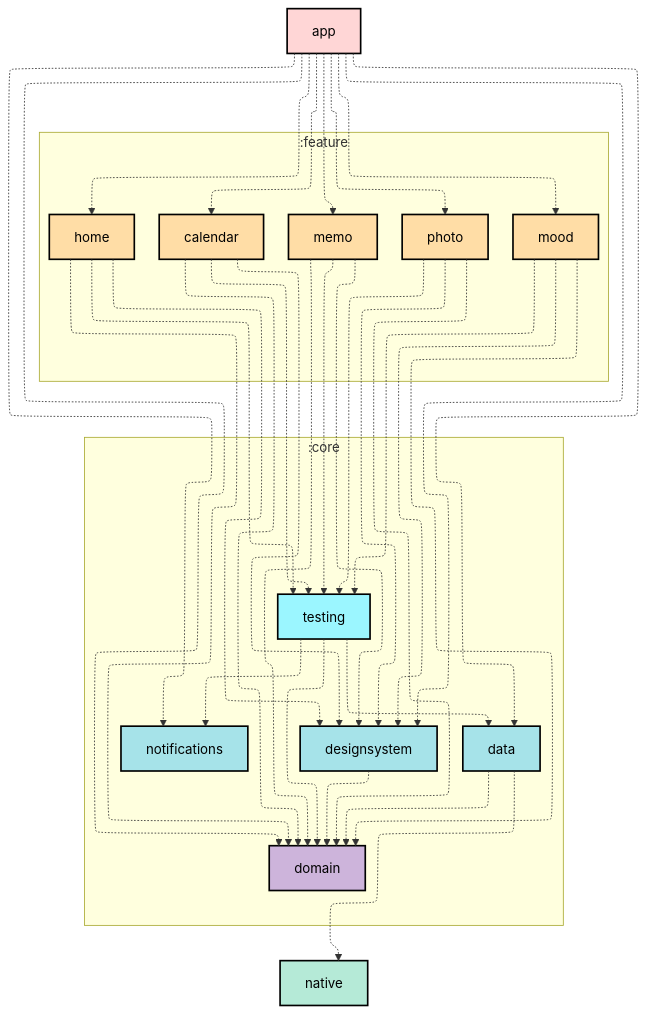
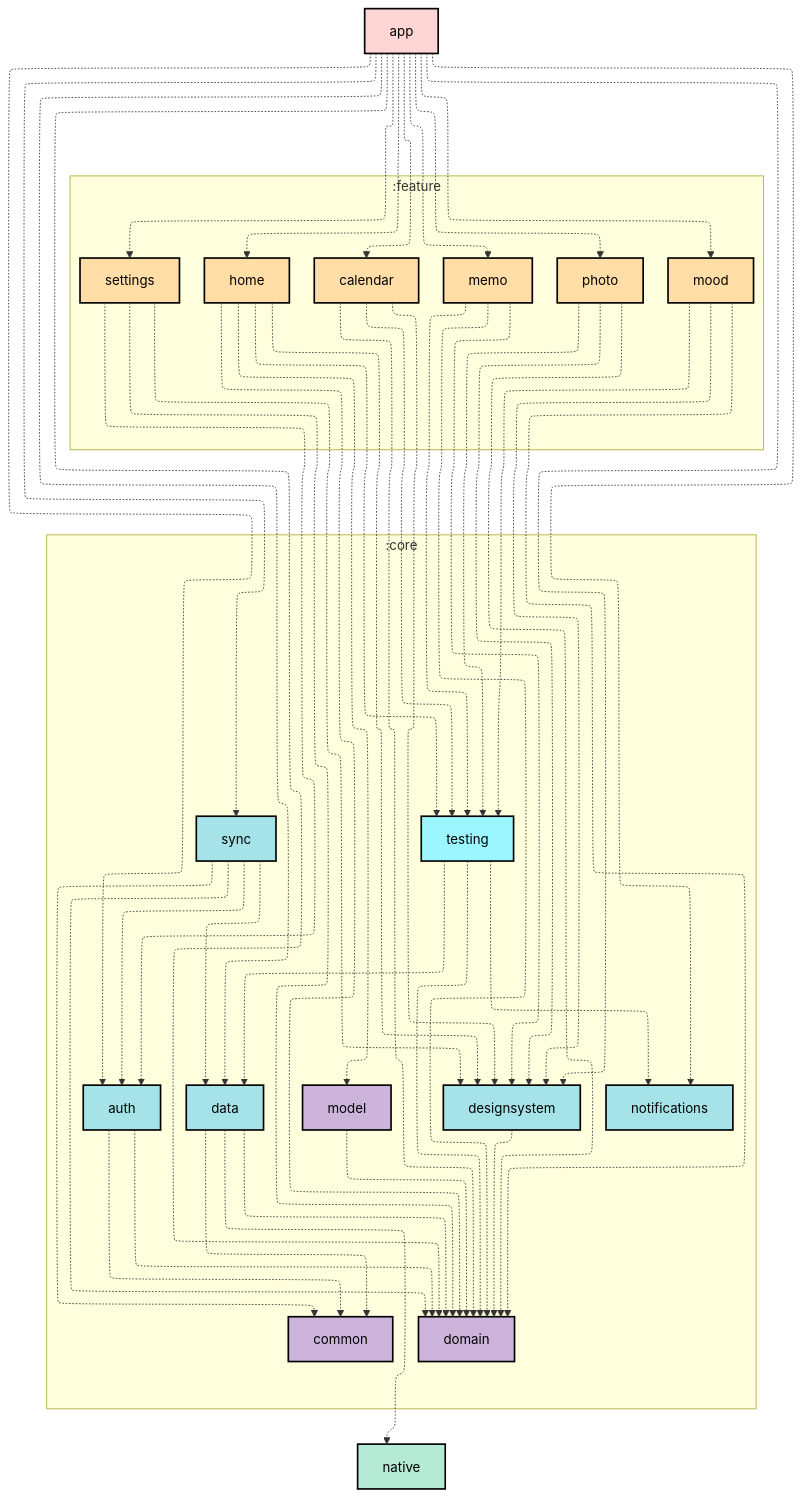
Before and after one commit to M1n9yu23/LifeLog-Compose-Clean-Architecture: the diagram in README.md, drawn with Mermaid. The commit also changed other lines of this file and 8 other files, not shown here.

```diff
--- a/README.md
+++ b/README.md
@@ -22,9 +23,13 @@
 subgraph :core
 direction TB
 :core:data[data]:::android-core
+:core:auth[auth]:::android-core
+:core:sync[sync]:::android-core
 :core:designsystem[designsystem]:::android-core
+:core:notifications[notifications]:::android-core
 :core:domain[domain]:::kotlin-library
-:core:notifications[notifications]:::android-core
+:core:common[common]:::kotlin-library
+:core:model[model]:::kotlin-library
 :core:testing[testing]:::android-test
 end
 subgraph :feature
@@ -34,6 +39,7 @@
 :feature:memo[memo]:::android-feature
 :feature:mood[mood]:::android-feature
 :feature:photo[photo]:::android-feature
+:feature:settings[settings]:::android-feature
 end
 :app[app]:::android-app
 :native[native]:::native-lib
@@ -43,18 +49,30 @@
 :app -.-> :feature:memo
 :app -.-> :feature:mood
 :app -.-> :feature:photo
+:app -.-> :feature:settings
 :app -.-> :core:data
 :app -.-> :core:domain
 :app -.-> :core:designsystem
 :app -.-> :core:notifications
+:app -.-> :core:auth
+:app -.-> :core:sync
 :core:data -.-> :core:domain
+:core:data -.-> :core:common
 :core:data -.-> :native
+:core:auth -.-> :core:common
+:core:auth -.-> :core:domain
+:core:sync -.-> :core:common
+:core:sync -.-> :core:domain
+:core:sync -.-> :core:data
+:core:sync -.-> :core:auth
+:core:model -.-> :core:domain
 :core:designsystem -.-> :core:domain
 :core:testing -.-> :core:domain
 :core:testing -.-> :core:data
 :core:testing -.-> :core:notifications
 :feature:home -.-> :core:designsystem
 :feature:home -.-> :core:domain
+:feature:home -.-> :core:model
 :feature:home -.-> :core:testing
 :feature:calendar -.-> :core:designsystem
 :feature:calendar -.-> :core:domain
@@ -68,6 +86,9 @@
 :feature:photo -.-> :core:designsystem
 :feature:photo -.-> :core:domain
 :feature:photo -.-> :core:testing
+:feature:settings -.-> :core:designsystem
+:feature:settings -.-> :core:domain
+:feature:settings -.-> :core:auth
 
 :core:domain ~~~ :native
 
```
